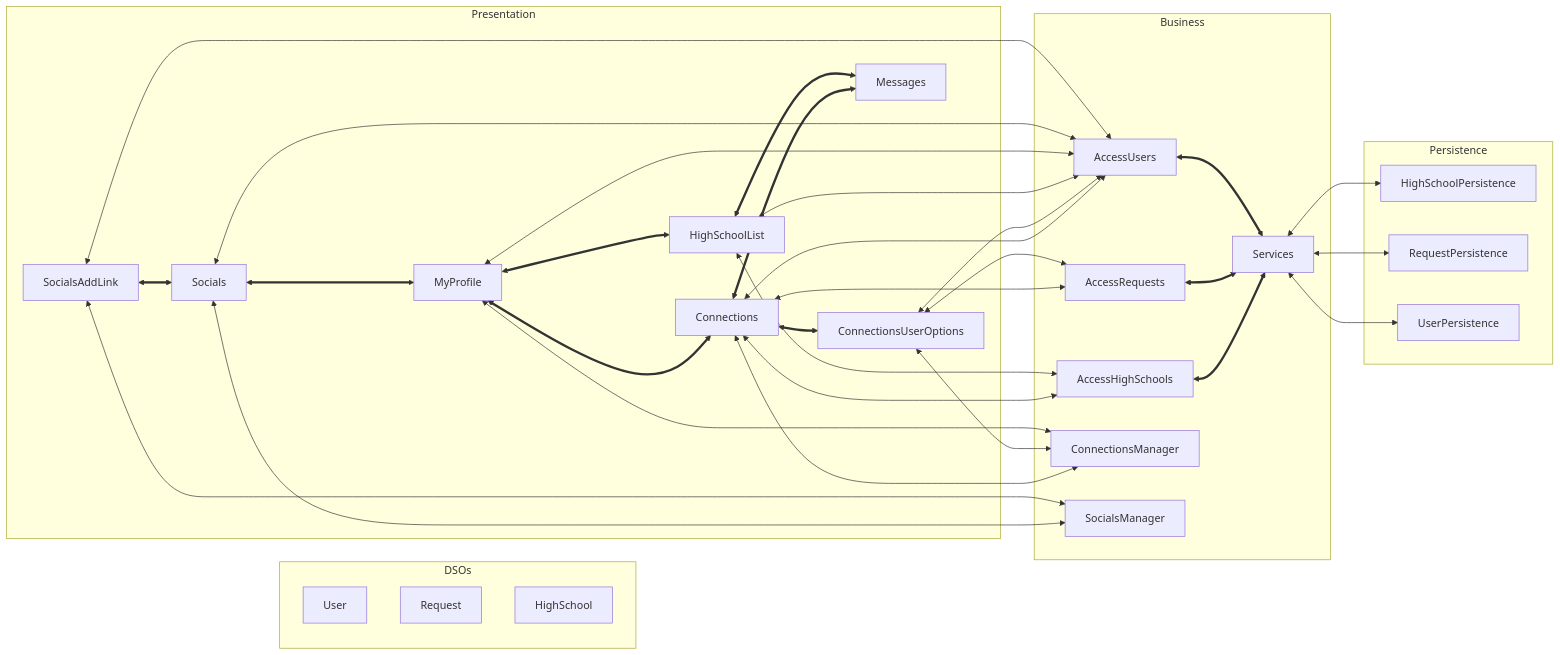
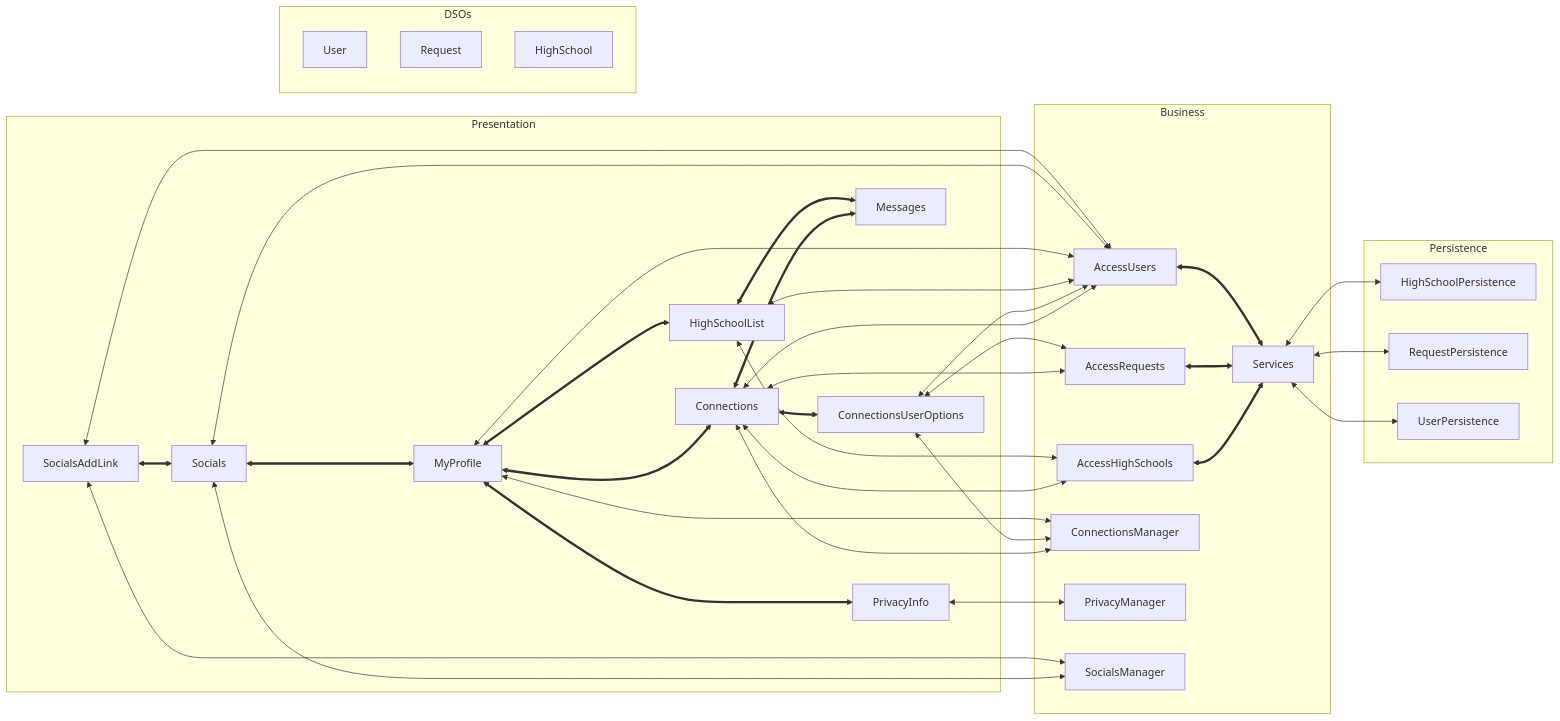
One commit to khaledElgohary/high-school-hub changed the diagram in docs/ARCHITECTURE.md. Above: the diagram before and after it, drawn with Mermaid. The commit also changed other lines of this file, not shown here.

Commit message:
Update ARCHITECTURE.md with privacy info classes

````diff
--- a/docs/ARCHITECTURE.md
+++ b/docs/ARCHITECTURE.md
@@ -4,44 +4,47 @@
 ```mermaid
 %% Note: In case the diagram is not rendering properly, a backup can be found at https://code.cs.umanitoba.ca/3350-summer2023/highschool-hub/-/blob/main/docs/mermaid-diagram-backup.png.
 
-flowchart LR
+ flowchart LR
     %% Links between nodes of different subgraphs
     Connections <--> AccessHighSchools & AccessRequests & AccessUsers & ConnectionsManager
     ConnectionsUserOptions <--> AccessRequests & AccessUsers & ConnectionsManager
     HighSchoolList <---> AccessUsers & AccessHighSchools
     MyProfile <--> AccessUsers & ConnectionsManager
+    PrivacyInfo <--> PrivacyManager
     Socials <--> AccessUsers & SocialsManager
     SocialsAddLink <--> AccessUsers & SocialsManager
 
     Services <--> HighSchoolPersistence & RequestPersistence & UserPersistence
 
     subgraph Presentation
     Connections <==> ConnectionsUserOptions
     MyProfile <==> Connections
     MyProfile <==> HighSchoolList
+    MyProfile <==> PrivacyInfo
     Socials <==> MyProfile
     SocialsAddLink <==> Socials
     Connections & HighSchoolList <==> Messages
     end
 
     subgraph Business
     AccessHighSchools & AccessRequests & AccessUsers <==> Services
     ConnectionsManager
+    PrivacyManager
     SocialsManager
     end
 
     subgraph Persistence
     HighSchoolPersistence
     RequestPersistence
     UserPersistence
     end
 
     subgraph DSOs
     User
     Request
     HighSchool
     end
 
     %% Invisible link(s) to keep graphs together
     DSOs ~~~ Presentation
 ```
````
